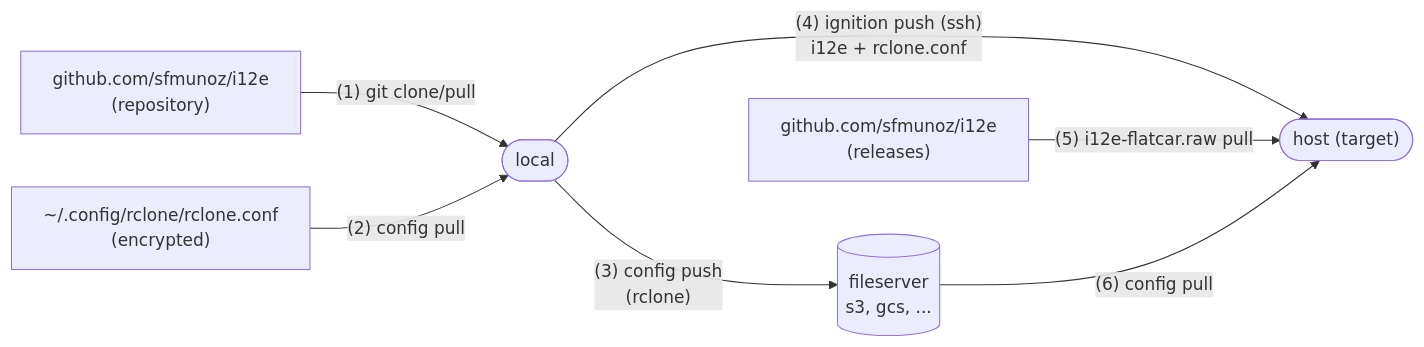
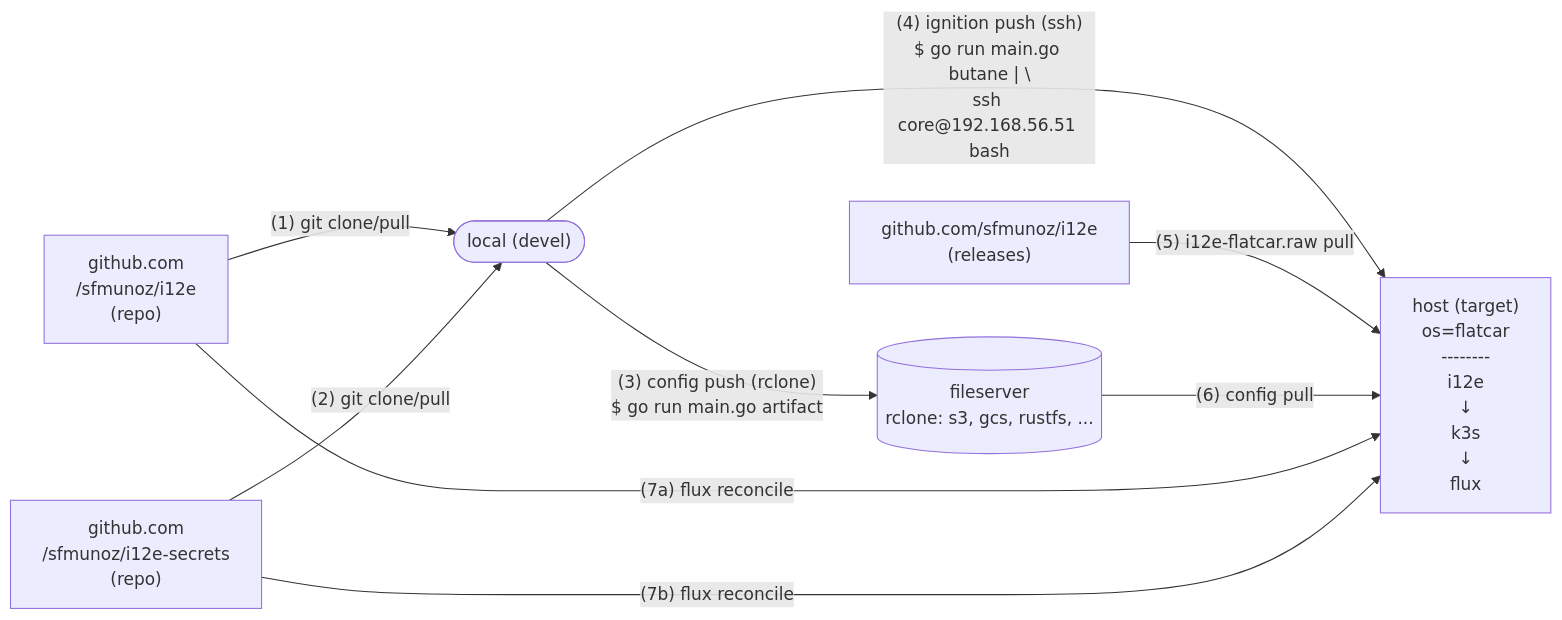
One commit to sfmunoz/i12e changed the diagram in README.md. Above: the diagram before and after it, drawn with Mermaid. The commit also changed other lines of this file, not shown here.

Commit message:
README.md: 'Architecture' provided with up-to-date diagram and details

````diff
--- a/README.md
+++ b/README.md
@@ -26,15 +26,17 @@
 ```mermaid
 flowchart LR
-    github_repo["github.com/sfmunoz/i12e<br/>(repository)"]
-    github_rel["github.com/sfmunoz/i12e<br/>(releases)"]
-    rclone_conf["~/.config/rclone/rclone.conf<br/>(encrypted)"]
-    local(["local"])
-    fs[("fileserver<br/>s3, gcs, ...")] 
-    host(["host (target)"])
-    github_repo -->|"(1) git clone/pull"| local
-    rclone_conf -->|"(2) config pull"| local
-    local -->|"(3) config push<br/>(rclone)"| fs
-    local -->|"(4) ignition push (ssh)<br/>i12e + rclone.conf"| host
-    github_rel -->|"(5) i12e-flatcar.raw pull"| host
+    i12e_repo["github.com<br/>/sfmunoz/i12e<br/>(repo)"]
+    i12e_secrets_repo["github.com<br/>/sfmunoz/i12e-secrets<br/>(repo)"]
+    i12e_rel["github.com/sfmunoz/i12e<br/>(releases)"]
+    local(["local (devel)"])
+    fs[("fileserver<br/>rclone: s3, gcs, rustfs, ...")] 
+    host["host (target)\nos=flatcar\n--------\ni12e\n↓\nk3s\n↓\nflux"]
+    i12e_repo -->|"(1) git clone/pull"| local
+    i12e_secrets_repo -->|"(2) git clone/pull"| local
+    local -->|"(3) config push (rclone)<br/>$ go run main.go artifact"| fs
+    local -->|"(4) ignition push (ssh)<br/>$ go run main.go butane | \<br/>ssh core@192.168.56.51 bash"| host
+    i12e_rel -->|"(5) i12e-flatcar.raw pull"| host
     fs -->|"(6) config pull"| host
+    i12e_repo -->|"(7a) flux reconcile"| host
+    i12e_secrets_repo -->|"(7b) flux reconcile"| host
 ```
````
